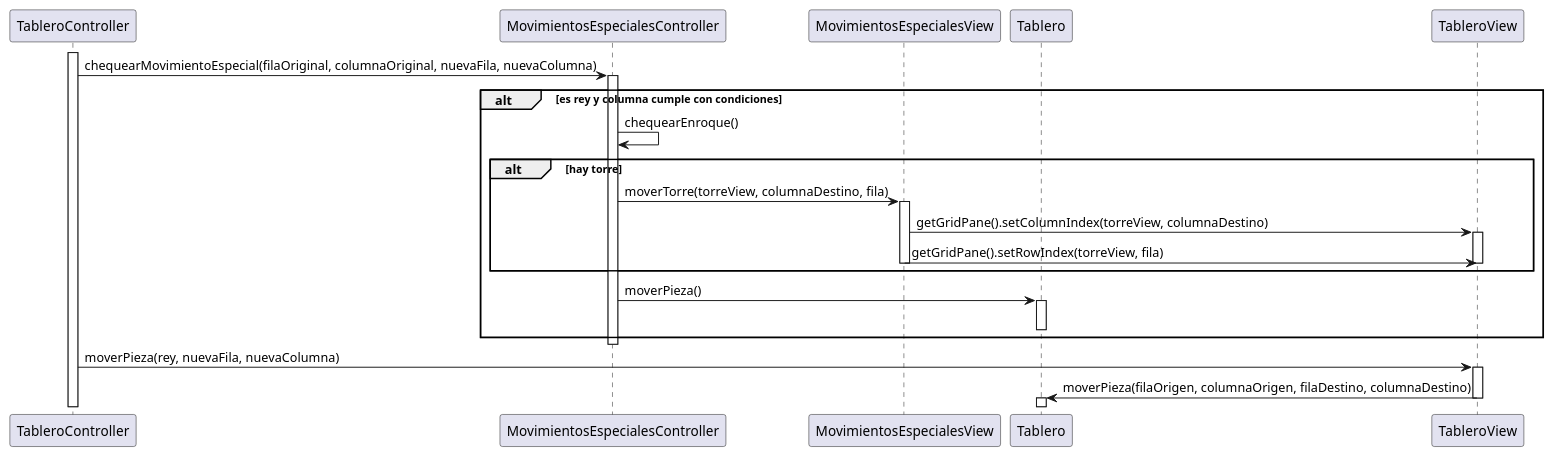
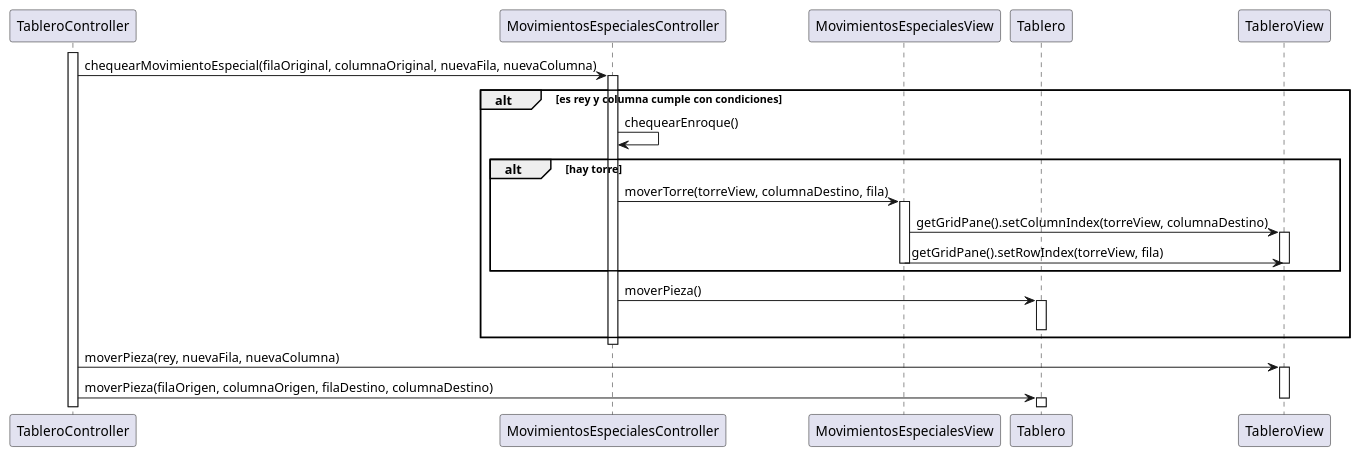
Before and after one commit to salabes/tp1: the diagram in diagramaSecuencia.puml, drawn with PlantUML. The commit also changed 12 other files, not shown here.

```diff
--- a/diagramaSecuencia.puml
+++ b/diagramaSecuencia.puml
@@ -1,33 +1,33 @@
 @startuml
 participant TableroController
 participant MovimientosEspecialesController
 participant MovimientosEspecialesView
 participant Tablero
 participant TableroView
 
 activate TableroController
 TableroController -> MovimientosEspecialesController: chequearMovimientoEspecial(filaOriginal, columnaOriginal, nuevaFila, nuevaColumna)
 activate MovimientosEspecialesController
 alt es rey y columna cumple con condiciones
     MovimientosEspecialesController -> MovimientosEspecialesController: chequearEnroque()
 
     alt hay torre
         MovimientosEspecialesController -> MovimientosEspecialesView: moverTorre(torreView, columnaDestino, fila)
         activate MovimientosEspecialesView
         MovimientosEspecialesView -> TableroView: getGridPane().setColumnIndex(torreView, columnaDestino)
         activate TableroView
         MovimientosEspecialesView -> TableroView: getGridPane().setRowIndex(torreView, fila)
         deactivate MovimientosEspecialesView
         deactivate TableroView
     end
     MovimientosEspecialesController -> Tablero: moverPieza()
     activate Tablero
     deactivate Tablero
 end
 deactivate MovimientosEspecialesController
 TableroController -> TableroView: moverPieza(rey, nuevaFila, nuevaColumna)
 activate TableroView
-TableroView -> Tablero: moverPieza(filaOrigen, columnaOrigen, filaDestino, columnaDestino)
+TableroController -> Tablero: moverPieza(filaOrigen, columnaOrigen, filaDestino, columnaDestino)
 deactivate TableroView
 activate Tablero
 @enduml
```
